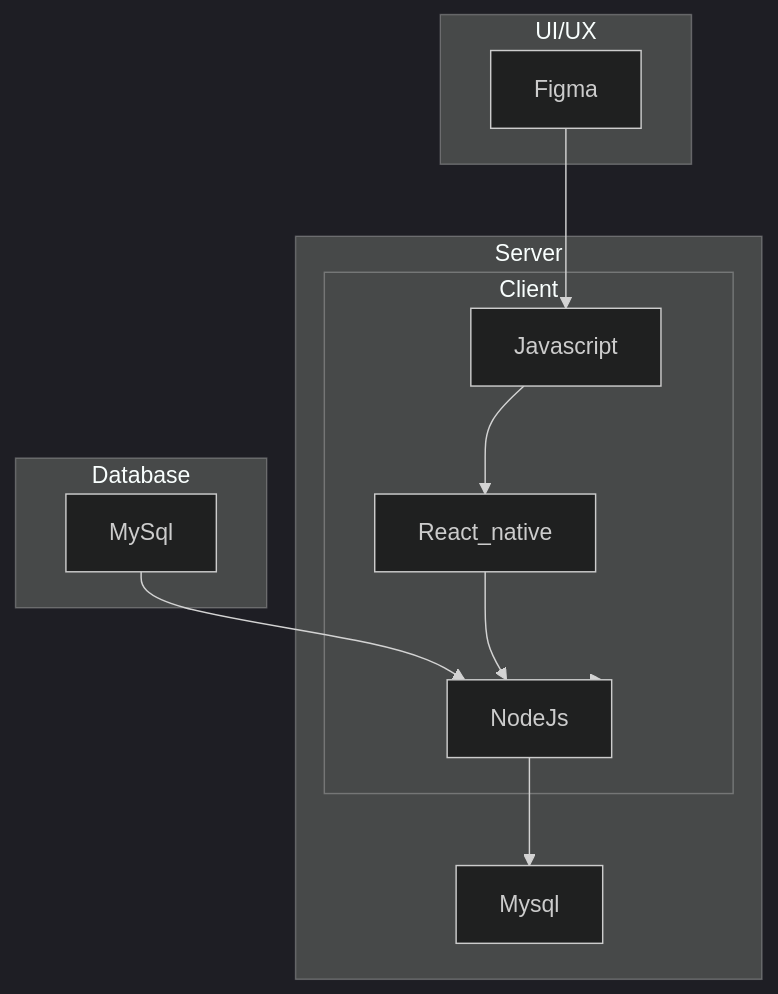
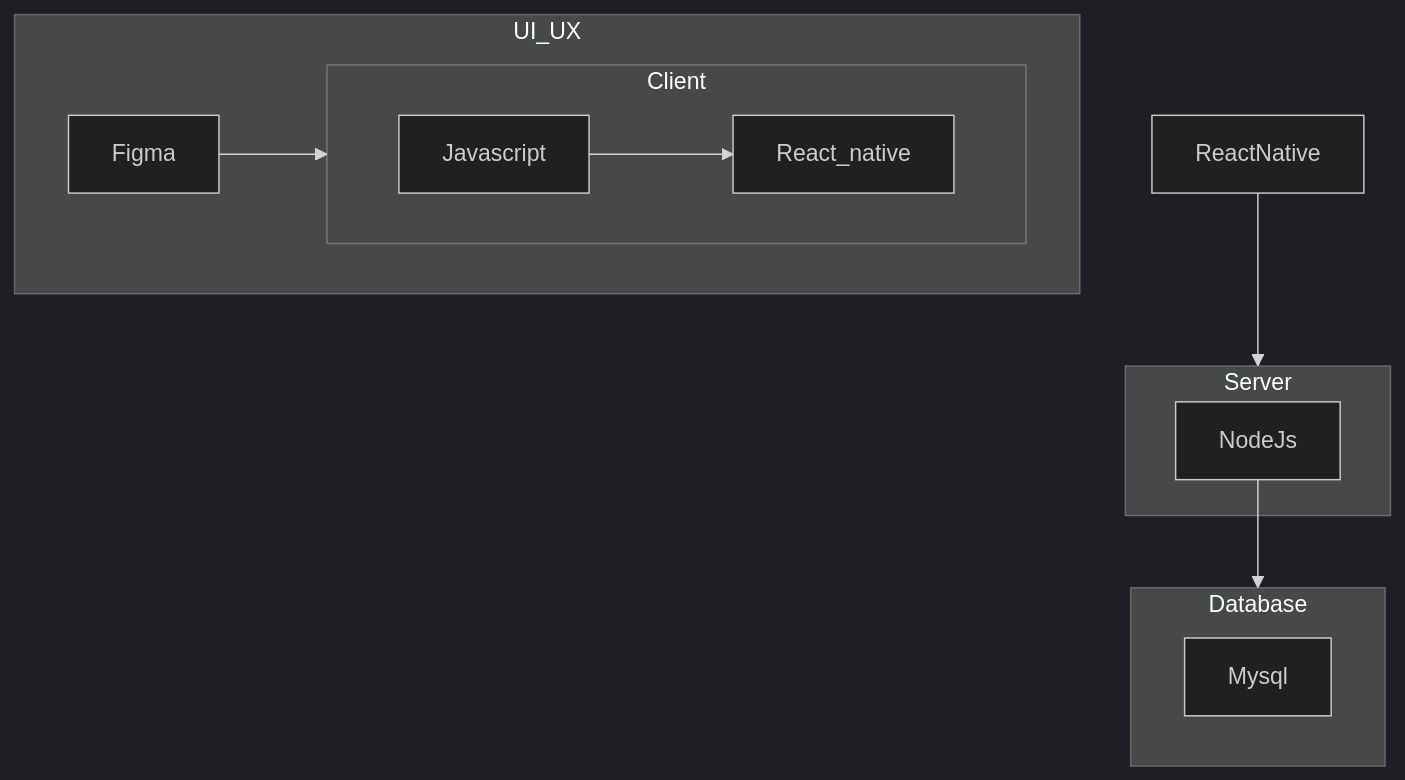
Before and after one commit to fahrizap/Kodein: the second of 2 diagrams in job interview.MD, drawn with Mermaid (dark theme).

Commit message:
Update job interview.MD

````diff
--- a/job interview.MD
+++ b/job interview.MD
@@ -77,20 +77,19 @@
 ```mermaid
 flowchart TB
-    Figma-->Javascript
-    subgraph UI/UX
-    Figma
+    subgraph UI_UX
+    Figma-->Client
     end
+    ReactNative-->Server
     subgraph Client
     Javascript-->React_native
-    React_native-->NodeJs
     end
+    NodeJs-->Database
     subgraph Server
-    NodeJs-->Mysql
-    NodeJs-->Client
+    NodeJs
     end
     subgraph Database
-    MySql-->NodeJs
+    Mysql
     end
   
     
 ```
````
